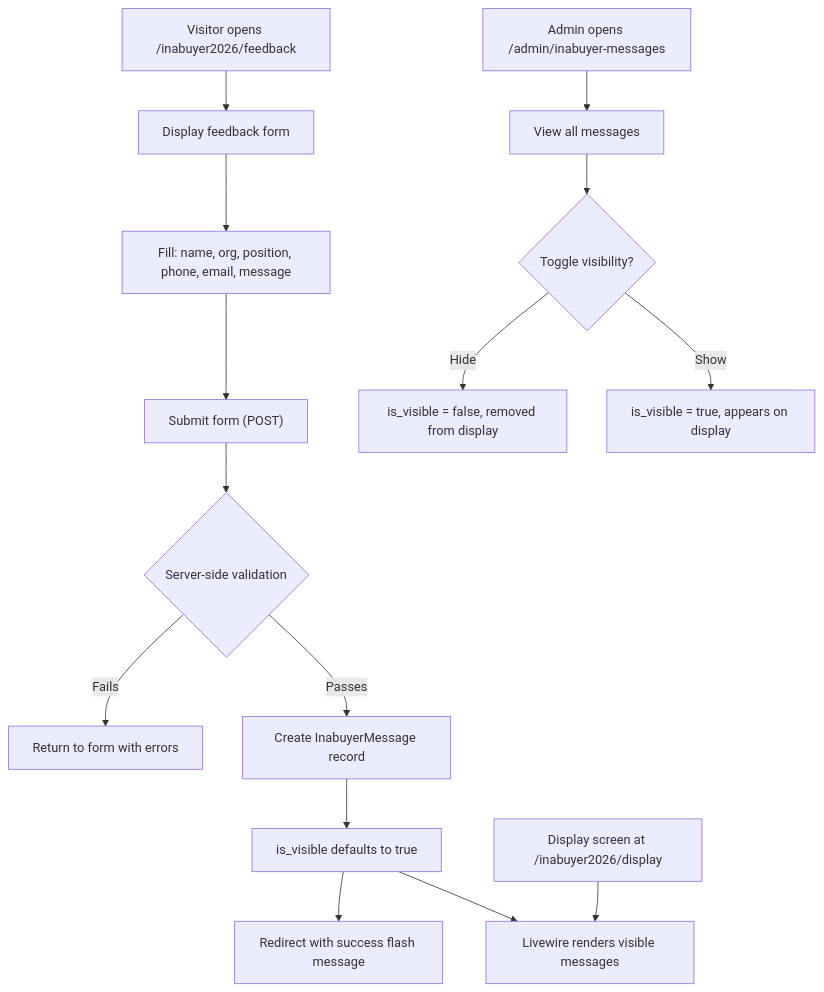
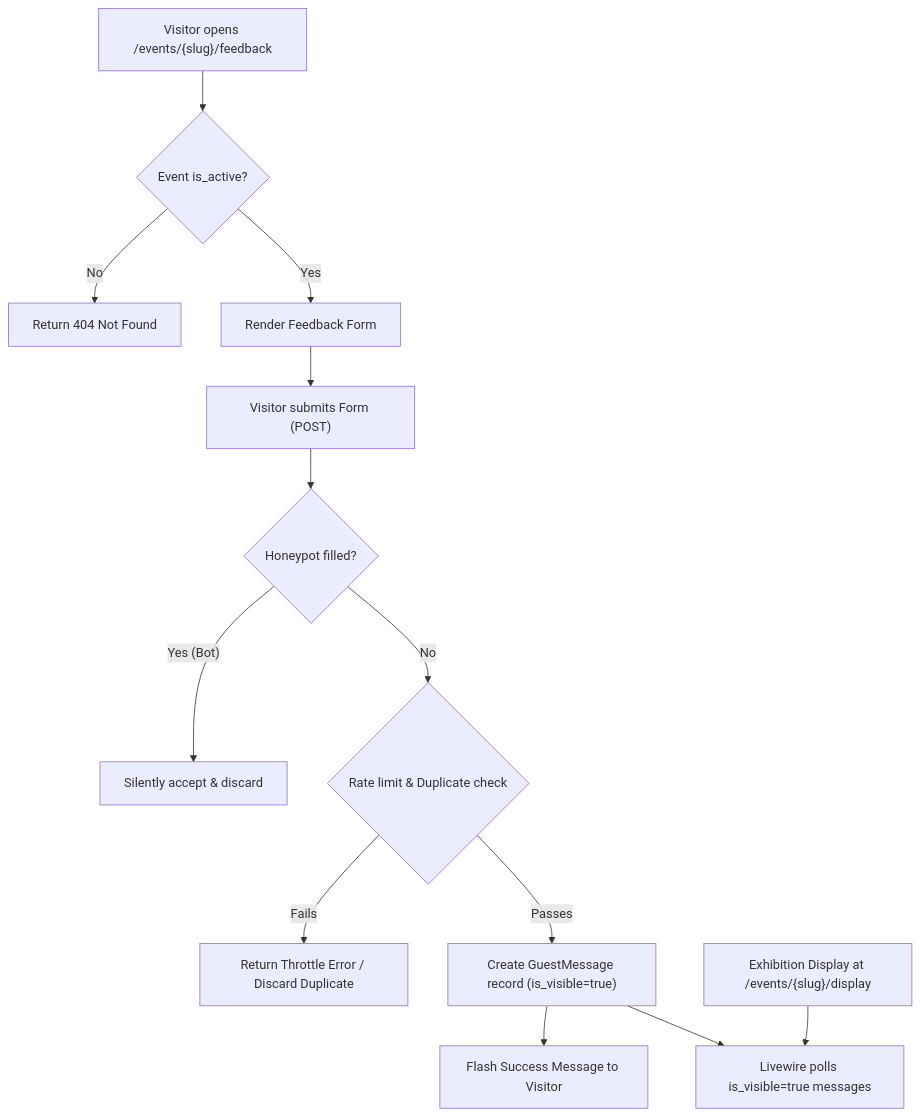
The fourth of 5 diagrams in docs/PRD.md (Madeena-software/madeena-company-profile), drawn with Mermaid before and after one commit. The commit also changed other lines of this file and 3 other files, not shown here.

````diff
--- a/docs/PRD.md
+++ b/docs/PRD.md
@@ -265,19 +255,17 @@
 ```mermaid
 flowchart TD
-    A["Visitor opens /inabuyer2026/feedback"] --> B["Display feedback form"]
-    B --> C["Fill: name, org, position, phone, email, message"]
-    C --> D["Submit form (POST)"]
-    D --> E{"Server-side validation"}
-    E -- "Fails" --> F["Return to form with errors"]
-    E -- "Passes" --> G["Create InabuyerMessage record"]
-    G --> H["is_visible defaults to true"]
-    H --> I["Redirect with success flash message"]
-    
-    J["Display screen at /inabuyer2026/display"] --> K["Livewire renders visible messages"]
-    H --> K
-    
-    L["Admin opens /admin/inabuyer-messages"] --> M["View all messages"]
-    M --> N{"Toggle visibility?"}
-    N -- "Hide" --> O["is_visible = false, removed from display"]
-    N -- "Show" --> P["is_visible = true, appears on display"]
+    A["Visitor opens /events/{slug}/feedback"] --> B{"Event is_active?"}
+    B -- No --> C["Return 404 Not Found"]
+    B -- Yes --> D["Render Feedback Form"]
+
+    D --> E["Visitor submits Form (POST)"]
+    E --> F{"Honeypot filled?"}
+    F -- Yes (Bot) --> G["Silently accept & discard"]
+    F -- No --> H{"Rate limit & Duplicate check"}
+    H -- Fails --> I["Return Throttle Error / Discard Duplicate"]
+    H -- Passes --> J["Create GuestMessage record (is_visible=true)"]
+    J --> K["Flash Success Message to Visitor"]
+
+    L["Exhibition Display at /events/{slug}/display"] --> M["Livewire polls is_visible=true messages"]
+    J --> M
 ```
````
